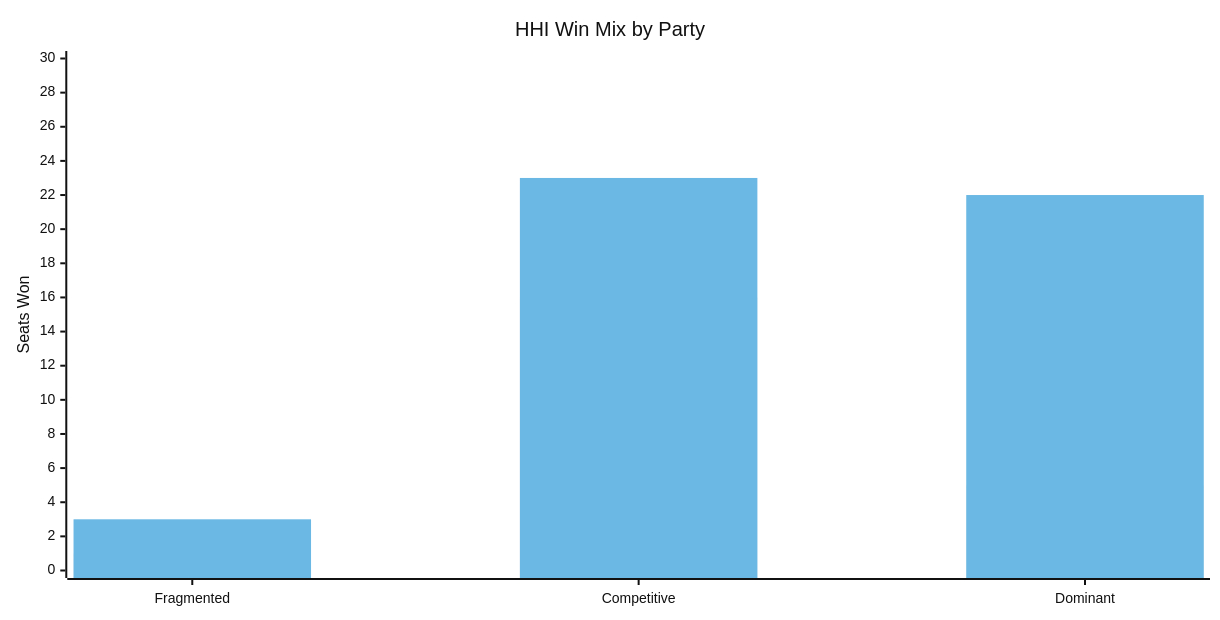
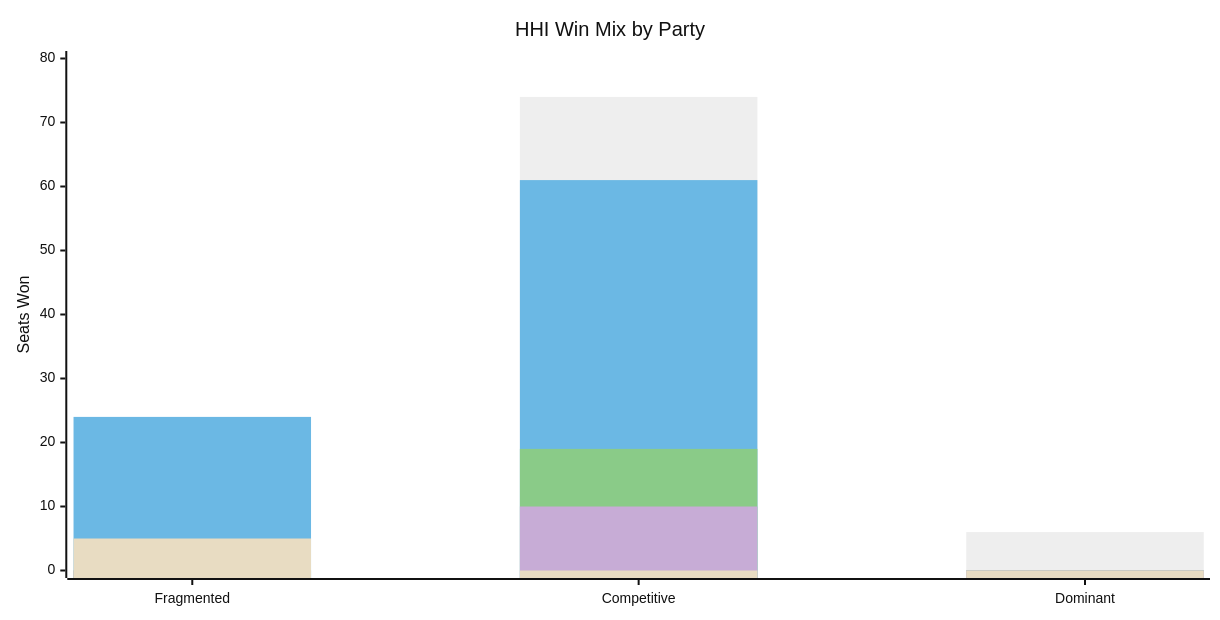
Diagram 22 of 23 in BIHAR-GRAPH.md (arjunswaj/elections), drawn with Mermaid (neutral theme) before and after one commit. The commit also changed other lines of this file and 2 other files, not shown here.

````diff
--- a/BIHAR-GRAPH.md
+++ b/BIHAR-GRAPH.md
@@ -557,17 +567,20 @@
 ```mermaid
 ---
 config:
     xyChart:
         width: 1200
         height: 600
         dataLabels:
             enabled: true
             placement: end
 ---
 xychart-beta
     title "HHI Win Mix by Party"
     x-axis ["Fragmented", "Competitive", "Dominant"]
-    y-axis "Seats Won" 0 --> 30
-    bar "Aam Aadmi Party" [1, 16, 5]
-    bar "Bharatiya Janata Party" [3, 23, 22]
+    y-axis "Seats Won" 0 --> 80
+    bar "Bharatiya Janata Party" [0, 74, 6]
+    bar "Janata Dal (United)" [24, 61, 0]
+    bar "Rashtriya Janata Dal" [0, 19, 0]
+    bar "Lok Janshakti Party (Ram Vilas)" [0, 10, 0]
+    bar "All India Majlis-E-Ittehadul Muslimeen" [5, 0, 0]
 ```
````
